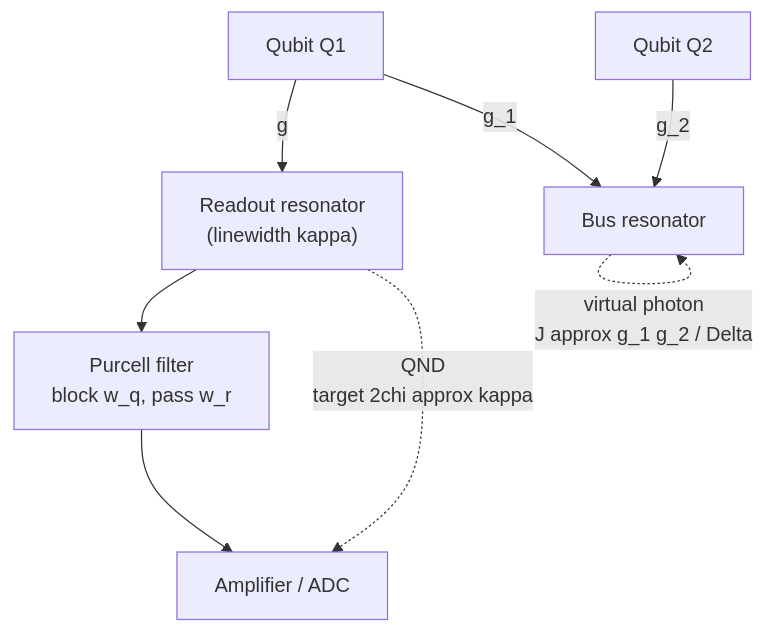
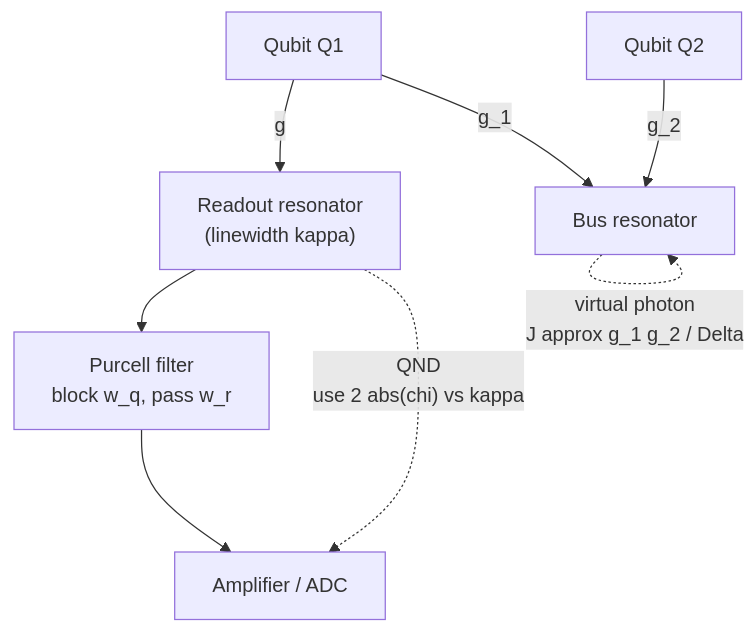
One commit to Iamsohungrynow/superconducting-qubits-journey changed the second of 2 diagrams in tutorial/05-circuit-qed.md. Above: the diagram before and after it, drawn with Mermaid. The commit also changed other lines of this file and 17 other files, not shown here.

````diff
--- a/tutorial/05-circuit-qed.md
+++ b/tutorial/05-circuit-qed.md
@@ -140,10 +140,10 @@
 ```mermaid
 flowchart TD
     Q1["Qubit Q1"] -->|"g"| R["Readout resonator<br/>(linewidth kappa)"]
     R --> PF["Purcell filter<br/>block w_q, pass w_r"]
     PF --> AMP["Amplifier / ADC"]
-    R -.->|"QND<br/>target 2chi approx kappa"| AMP
+    R -.->|"QND<br/>use 2 abs(chi) vs kappa"| AMP
     Q1 -->|"g_1"| BUS["Bus resonator"]
     Q2["Qubit Q2"] -->|"g_2"| BUS
     BUS -.->|"virtual photon<br/>J approx g_1 g_2 / Delta"| BUS
 ```
````
